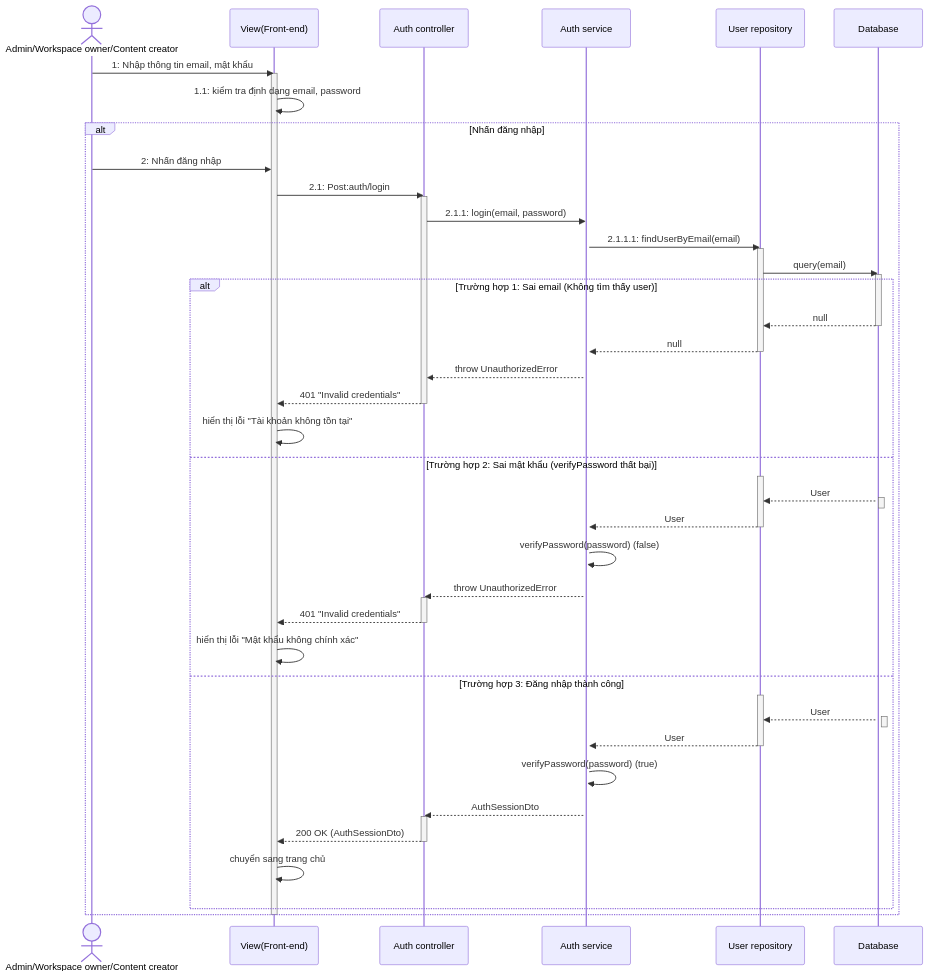
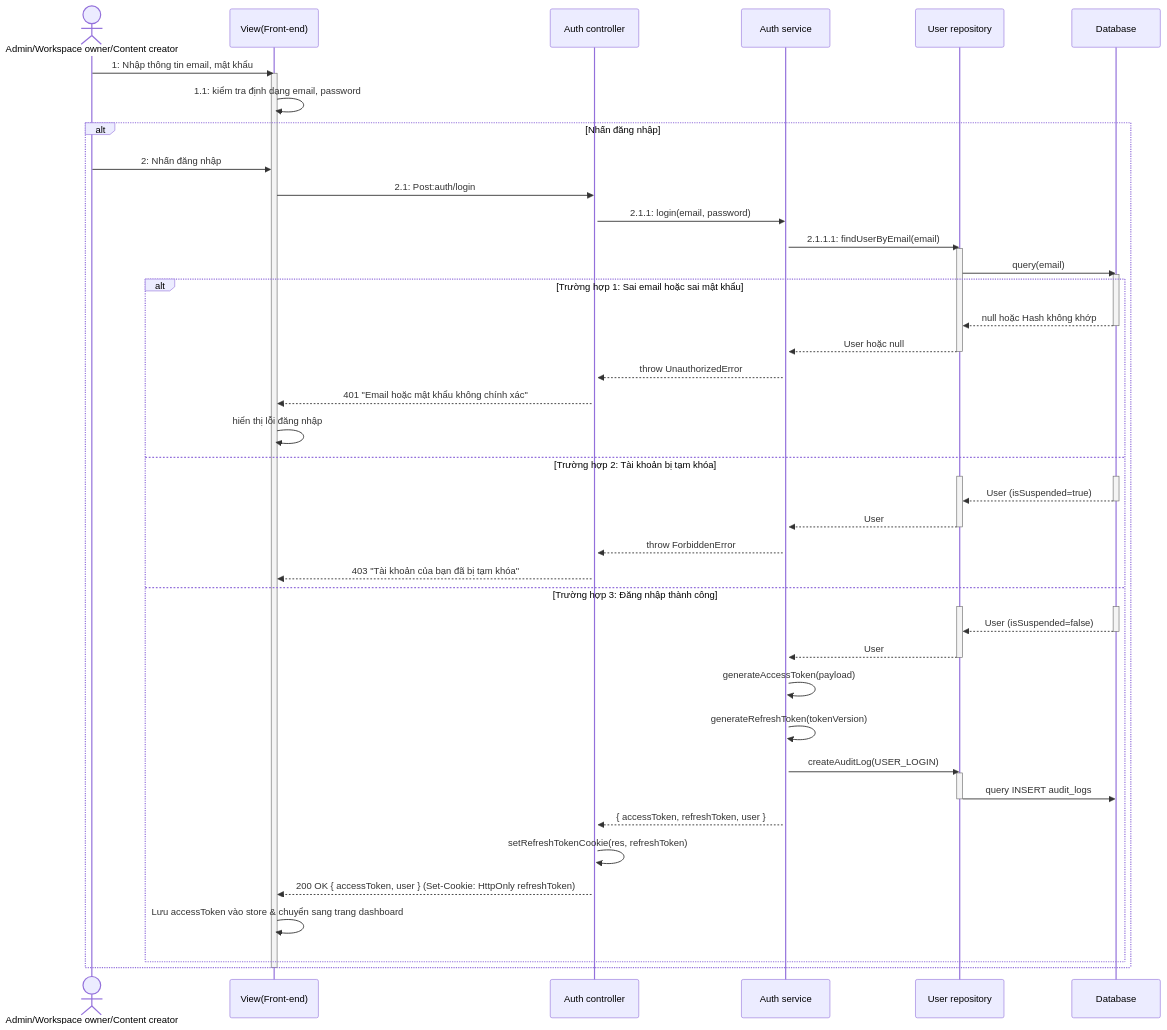
The second of 44 diagrams in docs/function_layer_mapping.md (Pham-Hong-Ky/marka-capstone), drawn with Mermaid before and after one commit. The commit also changed other lines of this file and 47 other files, not shown here.

First line of the commit message:
docs: refresh architecture, API and database specs with UML diagrams

````diff
--- a/docs/function_layer_mapping.md
+++ b/docs/function_layer_mapping.md
@@ -79,65 +78,62 @@
 ```mermaid
 sequenceDiagram
     actor User as Admin/Workspace owner/Content creator
     participant View as View(Front-end)
     participant Controller as Auth controller
     participant Service as Auth service
     participant Repository as User repository
     participant DB as Database
 
     User->>View: 1: Nhập thông tin email, mật khẩu
     activate View
     View->>View: 1.1: kiểm tra định dạng email, password
 
     alt Nhấn đăng nhập
         User->>View: 2: Nhấn đăng nhập
         View->>Controller: 2.1: Post:auth/login
         activate Controller
         Controller->>Service: 2.1.1: login(email, password)
         activate Service
         Service->>Repository: 2.1.1.1: findUserByEmail(email)
         activate Repository
         Repository->>DB: query(email)
         activate DB
 
-        alt Trường hợp 1: Sai email (Không tìm thấy user)
-            DB-->>Repository: null
+        alt Trường hợp 1: Sai email hoặc sai mật khẩu
+            DB-->>Repository: null hoặc Hash không khớp
             deactivate DB
-            Repository-->>Service: null
+            Repository-->>Service: User hoặc null
             deactivate Repository
             Service-->>Controller: throw UnauthorizedError
-            Controller-->>View: 401 "Invalid credentials"
-            deactivate Controller
-            View->>View: hiển thị lỗi "Tài khoản không tồn tại"
-        else Trường hợp 2: Sai mật khẩu (verifyPassword thất bại)
+            Controller-->>View: 401 "Email hoặc mật khẩu không chính xác"
+            View->>View: hiển thị lỗi đăng nhập
+        else Trường hợp 2: Tài khoản bị tạm khóa
             activate Repository
             activate DB
-            DB-->>Repository: User
-            activate DB
+            DB-->>Repository: User (isSuspended=true)
             deactivate DB
             Repository-->>Service: User
             deactivate Repository
-            Service->>Service: verifyPassword(password) (false)
-            Service-->>Controller: throw UnauthorizedError
-            activate Controller
-            Controller-->>View: 401 "Invalid credentials"
-            deactivate Controller
-            View->>View: hiển thị lỗi "Mật khẩu không chính xác"
+            Service-->>Controller: throw ForbiddenError
+            Controller-->>View: 403 "Tài khoản của bạn đã bị tạm khóa"
         else Trường hợp 3: Đăng nhập thành công
             activate Repository
             activate DB
-            DB-->>Repository: User
-            activate DB
+            DB-->>Repository: User (isSuspended=false)
             deactivate DB
             Repository-->>Service: User
             deactivate Repository
-            Service->>Service: verifyPassword(password) (true)
-            Service-->>Controller: AuthSessionDto
-            activate Controller
-            Controller-->>View: 200 OK (AuthSessionDto)
-            deactivate Controller
-            View->>View: chuyển sang trang chủ
+            Service->>Service: generateAccessToken(payload)
+            Service->>Service: generateRefreshToken(tokenVersion)
+            Service->>Repository: createAuditLog(USER_LOGIN)
+            activate Repository
+            Repository->>DB: query INSERT audit_logs
+            deactivate Repository
+            Service-->>Controller: { accessToken, refreshToken, user }
+            Controller->>Controller: setRefreshTokenCookie(res, refreshToken)
+            Controller-->>View: 200 OK { accessToken, user } (Set-Cookie: HttpOnly refreshToken)
+            View->>View: Lưu accessToken vào store & chuyển sang trang dashboard
         end
     end
     deactivate View
 ```
````
